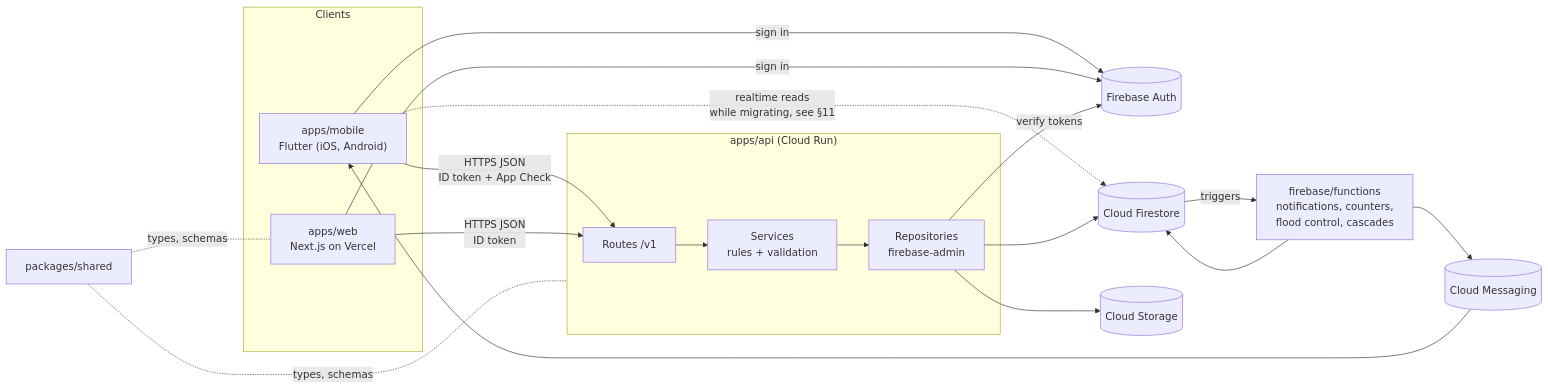
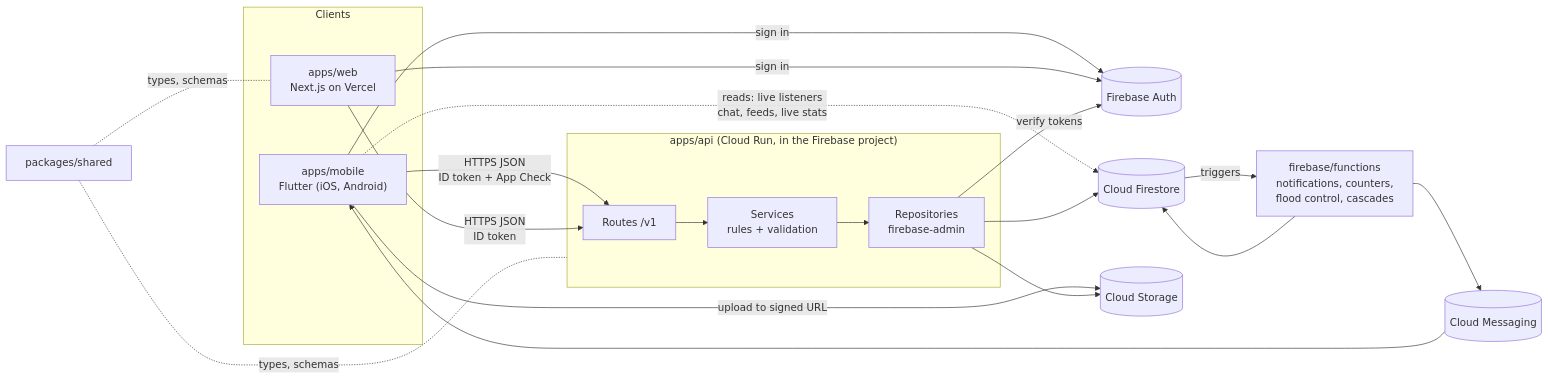
Before and after one commit to brianrhonea/frisbee_app: the first of 2 diagrams in ARCHITECTURE.md, drawn with Mermaid. The commit also changed other lines of this file and 3 other files, not shown here.

````diff
--- a/ARCHITECTURE.md
+++ b/ARCHITECTURE.md
@@ -76,27 +76,28 @@
 ```mermaid
 flowchart LR
   subgraph Clients
     M["apps/mobile<br/>Flutter (iOS, Android)"]
     W["apps/web<br/>Next.js on Vercel"]
   end
 
-  subgraph API["apps/api (Cloud Run)"]
+  subgraph API["apps/api (Cloud Run, in the Firebase project)"]
     R[Routes /v1] --> S[Services<br/>rules + validation]
     S --> RP[Repositories<br/>firebase-admin]
   end
 
   M -->|HTTPS JSON<br/>ID token + App Check| R
   W -->|HTTPS JSON<br/>ID token| R
   M -->|sign in| AU[(Firebase Auth)]
   W -->|sign in| AU
-  M -.->|realtime reads<br/>while migrating, see §11| FS
+  M -.->|reads: live listeners<br/>chat, feeds, live stats| FS
+  M -->|upload to signed URL| ST
 
   RP --> FS[(Cloud Firestore)]
   RP --> ST[(Cloud Storage)]
   RP -->|verify tokens| AU
   FS -->|triggers| CF[firebase/functions<br/>notifications, counters,<br/>flood control, cascades]
   CF --> FS
   CF --> FCM[(Cloud Messaging)] --> M
   SH[packages/shared] -. types, schemas .- API
   SH -. types, schemas .- W
 ```
````
